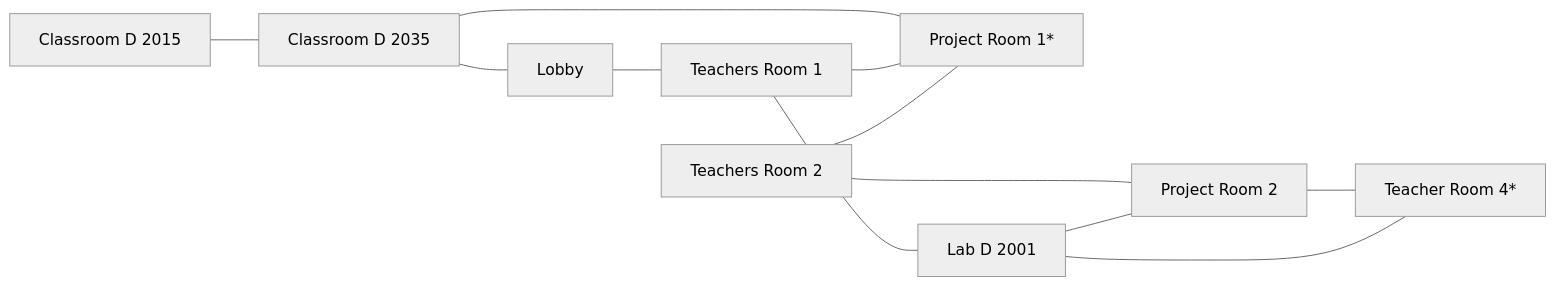
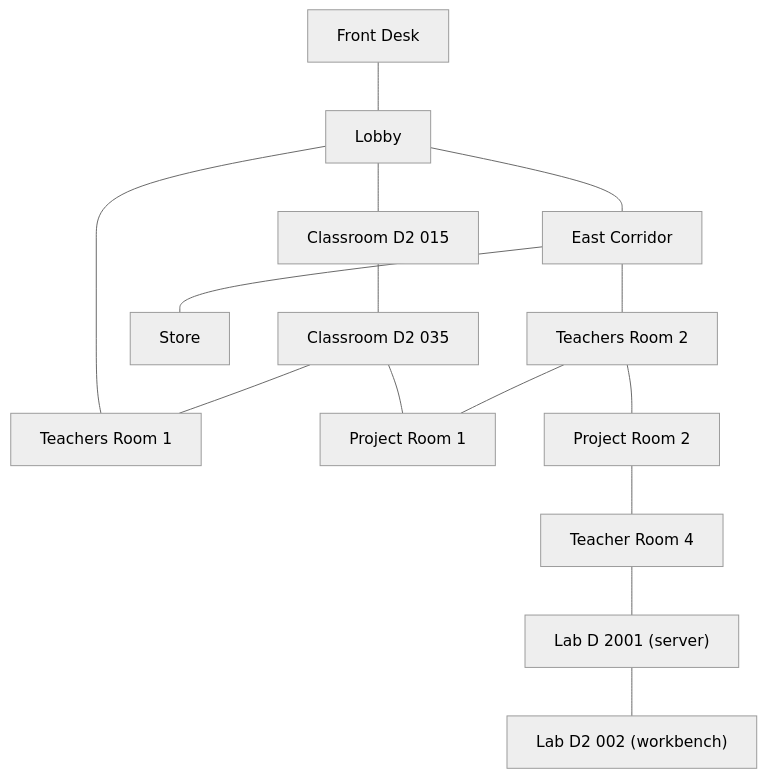
The first of 2 diagrams in docs/GAME_DESIGN.md (nwikeodigwe/maze-ing), drawn with Mermaid (neutral theme) before and after one commit. The commit also changed other lines of this file and 8 other files, not shown here.

````diff
--- a/docs/GAME_DESIGN.md
+++ b/docs/GAME_DESIGN.md
@@ -38,13 +23,12 @@
 ```mermaid
-flowchart LR
-    D2015["Classroom D 2015"] --- D2035["Classroom D 2035"] --- PR1["Project Room 1*"]
-    D2035 --- Lobby["Lobby"]
+flowchart TD
+    FD["Front Desk"] --- Lobby["Lobby"]
+    Lobby --- C015["Classroom D2 015"] --- C035["Classroom D2 035"]
     Lobby --- TR1["Teachers Room 1"]
-    TR1 --- Lab["Lab D 2001"]
-    TR1 --- PR1
-    TR2["Teachers Room 2"] --- PR1
-    TR2 --- PR2["Project Room 2"]
-    Lab --- PR2
-    PR2 --- TR4["Teacher Room 4*"]
-    TR4 --- Lab
+    C035 --- TR1
+    C035 --- PR1["Project Room 1"]
+    Lobby --- EC["East Corridor"] --- Store["Store"]
+    EC --- TR2["Teachers Room 2"] --- PR2["Project Room 2"]
+    TR2 --- PR1
+    PR2 --- TR4["Teacher Room 4"] --- LabS["Lab D 2001 (server)"] --- LabW["Lab D2 002 (workbench)"]
 ```
````
